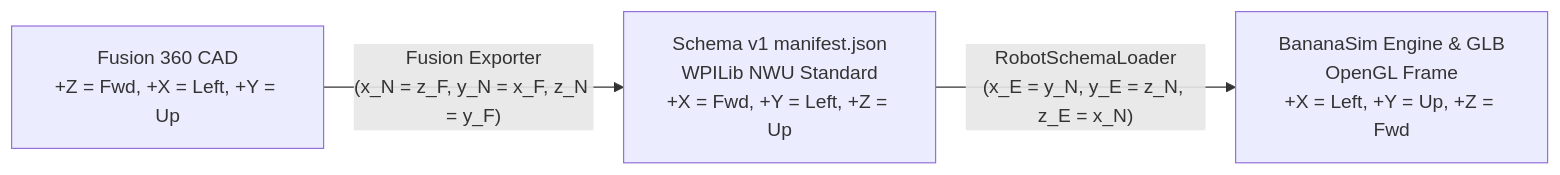
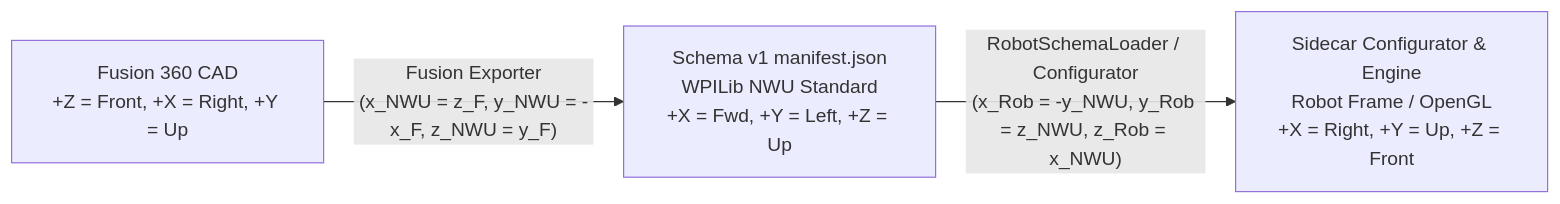
Before and after one commit to TheAsherbot/FRCBananaSim: the diagram in Configuration & Calibration Guide.md, drawn with Mermaid. The commit also changed other lines of this file and 40 other files, not shown here.

Commit message:
Finished the Robot Sidecar Configurer!

````diff
--- a/Configuration & Calibration Guide.md
+++ b/Configuration & Calibration Guide.md
@@ -113,5 +113,5 @@
 ```mermaid
 flowchart LR
-    CAD["Fusion 360 CAD<br>+Z = Fwd, +X = Left, +Y = Up"] -->|"Fusion Exporter<br>(x_N = z_F, y_N = x_F, z_N = y_F)"| NWU["Schema v1 manifest.json<br>WPILib NWU Standard<br>+X = Fwd, +Y = Left, +Z = Up"]
-    NWU -->|"RobotSchemaLoader<br>(x_E = y_N, y_E = z_N, z_E = x_N)"| Engine["BananaSim Engine & GLB<br>OpenGL Frame<br>+X = Left, +Y = Up, +Z = Fwd"]
+    CAD["Fusion 360 CAD<br>+Z = Front, +X = Right, +Y = Up"] -->|"Fusion Exporter<br>(x_NWU = z_F, y_NWU = -x_F, z_NWU = y_F)"| NWU["Schema v1 manifest.json<br>WPILib NWU Standard<br>+X = Fwd, +Y = Left, +Z = Up"]
+    NWU -->|"RobotSchemaLoader / Configurator<br>(x_Rob = -y_NWU, y_Rob = z_NWU, z_Rob = x_NWU)"| Engine["Sidecar Configurator & Engine<br>Robot Frame / OpenGL<br>+X = Right, +Y = Up, +Z = Front"]
 ```
````
